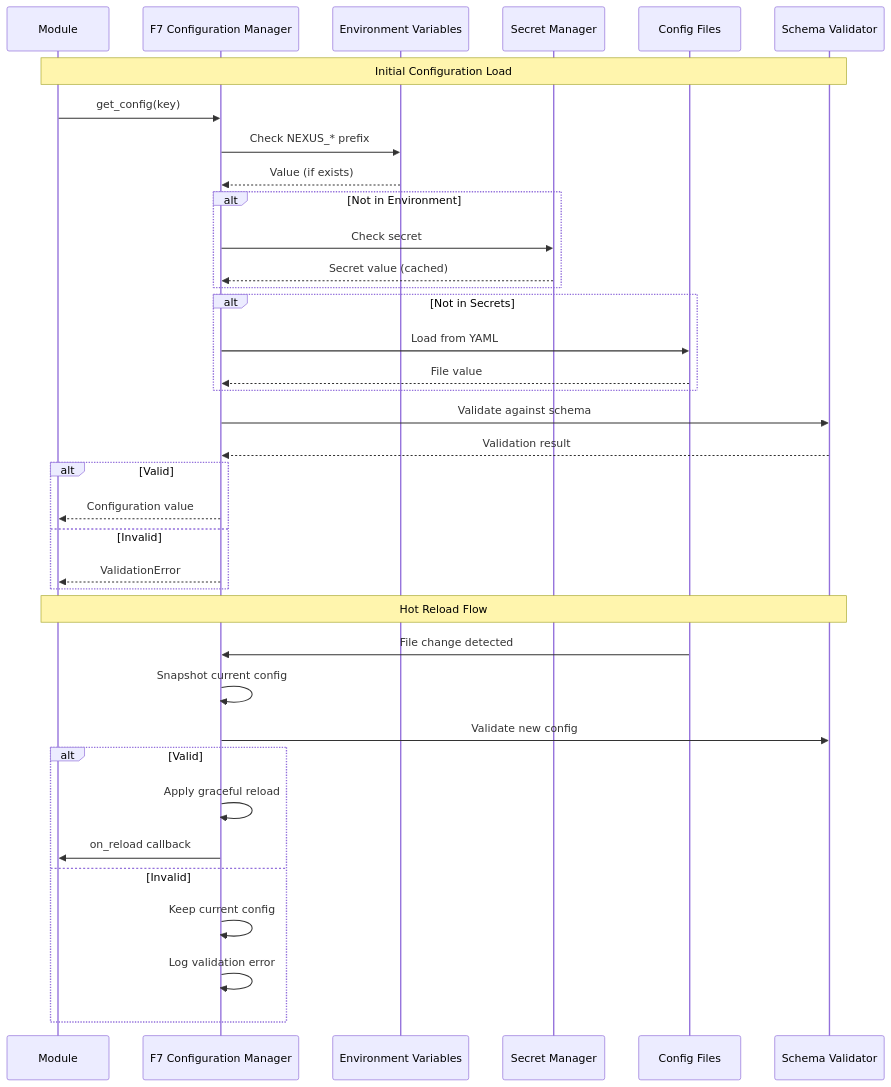
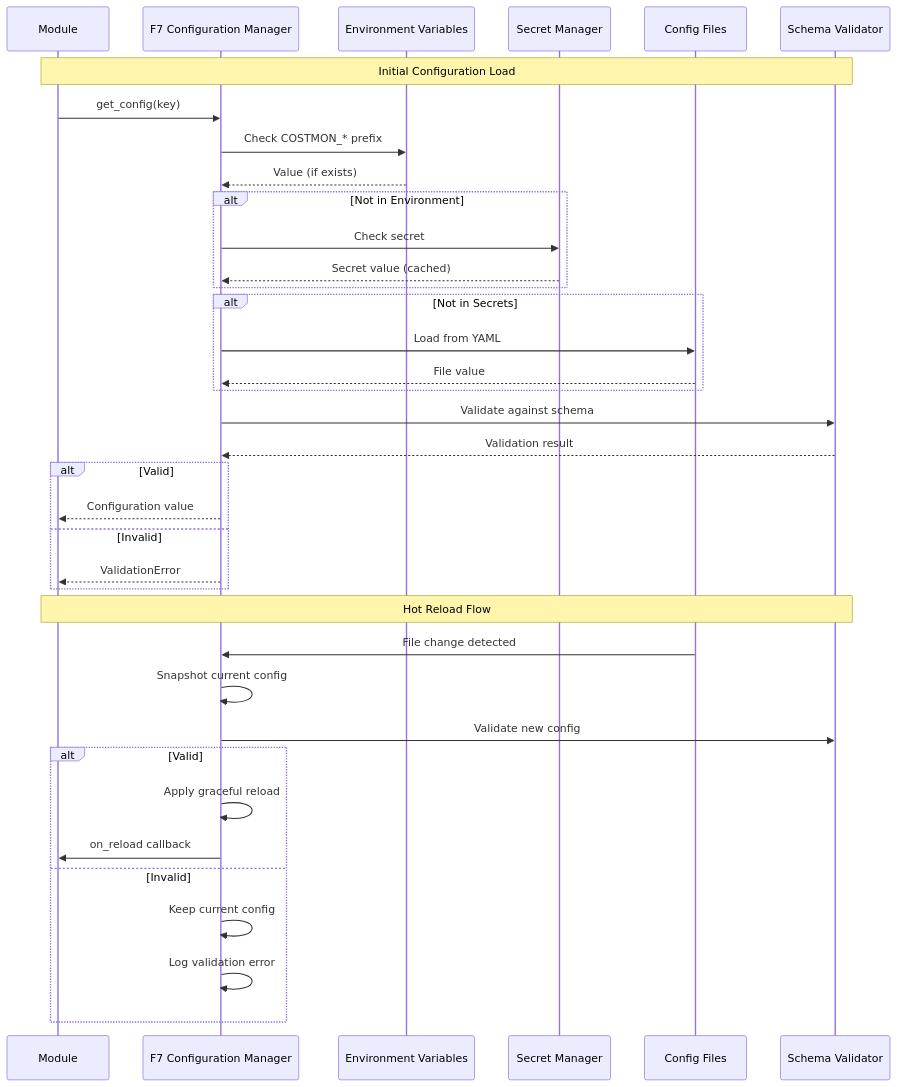
One commit to vladm3105/ai-cloud-monitoring changed the diagram in docs/01_BRD/BRD-07_f7_config.md. Above: the diagram before and after it, drawn with Mermaid. The commit also changed other lines of this file and 82 other files, not shown here.

````diff
--- a/docs/01_BRD/BRD-07_f7_config.md
+++ b/docs/01_BRD/BRD-07_f7_config.md
@@ -229,41 +229,41 @@
 ```mermaid
 sequenceDiagram
     participant Module
     participant F7_Config as F7 Configuration Manager
     participant EnvVars as Environment Variables
     participant SecretMgr as Secret Manager
     participant ConfigFile as Config Files
     participant Schema as Schema Validator
 
     Note over Module,Schema: Initial Configuration Load
     Module->>F7_Config: get_config(key)
-    F7_Config->>EnvVars: Check NEXUS_* prefix
+    F7_Config->>EnvVars: Check COSTMON_* prefix
     EnvVars-->>F7_Config: Value (if exists)
     alt Not in Environment
         F7_Config->>SecretMgr: Check secret
         SecretMgr-->>F7_Config: Secret value (cached)
     end
     alt Not in Secrets
         F7_Config->>ConfigFile: Load from YAML
         ConfigFile-->>F7_Config: File value
     end
     F7_Config->>Schema: Validate against schema
     Schema-->>F7_Config: Validation result
     alt Valid
         F7_Config-->>Module: Configuration value
     else Invalid
         F7_Config-->>Module: ValidationError
     end
 
     Note over Module,Schema: Hot Reload Flow
     ConfigFile->>F7_Config: File change detected
     F7_Config->>F7_Config: Snapshot current config
     F7_Config->>Schema: Validate new config
     alt Valid
         F7_Config->>F7_Config: Apply graceful reload
         F7_Config->>Module: on_reload callback
     else Invalid
         F7_Config->>F7_Config: Keep current config
         F7_Config->>F7_Config: Log validation error
     end
 ```
````
